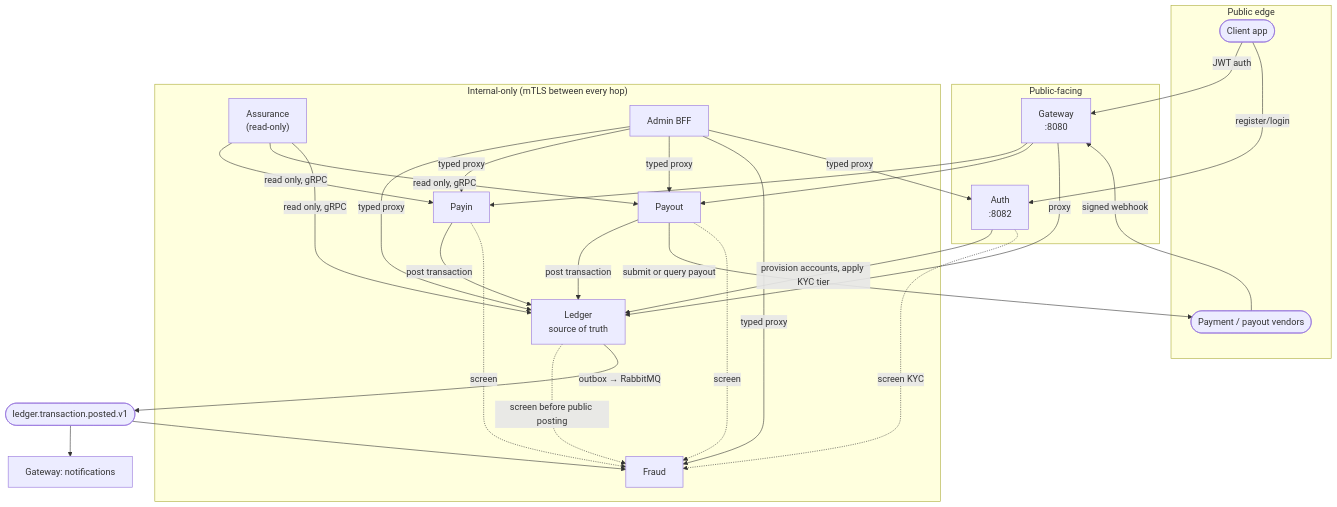
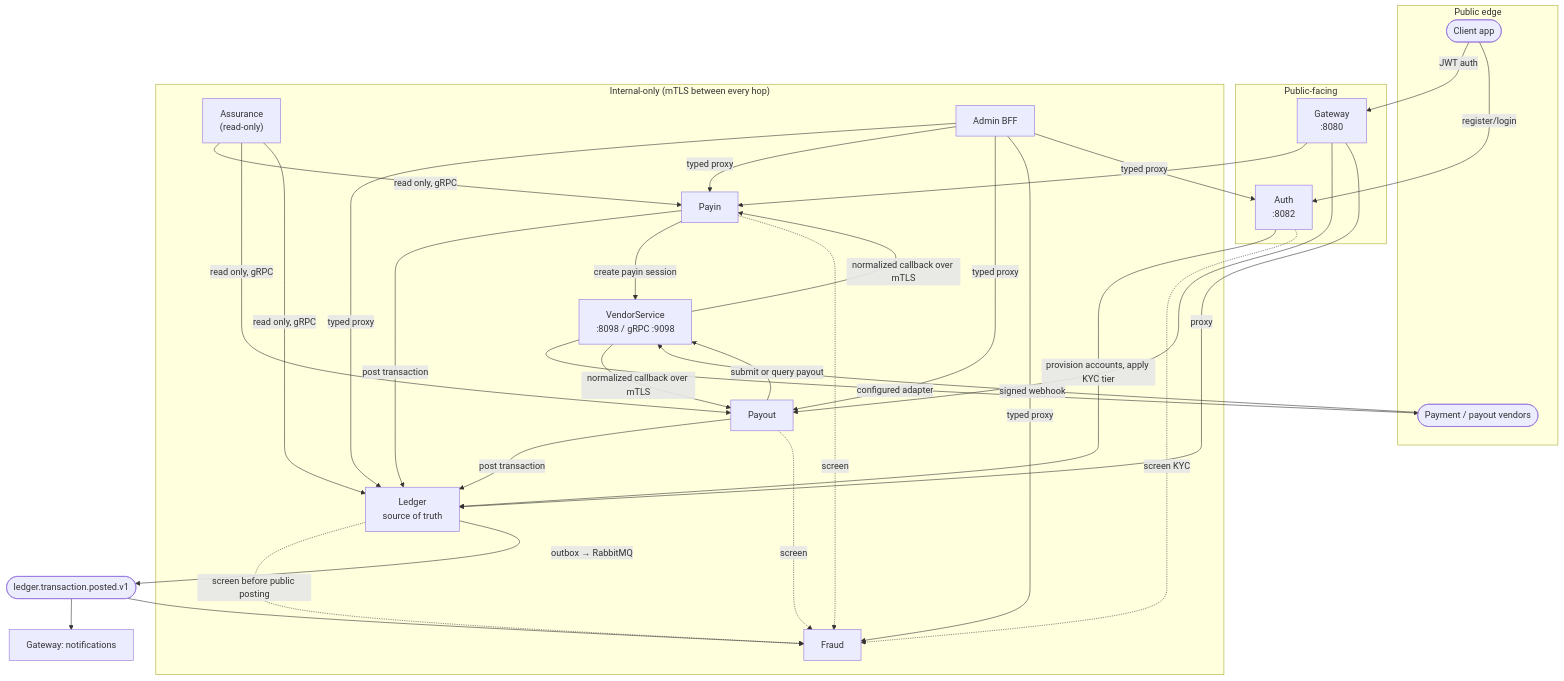
The first of 2 diagrams in docs/reference/architecture.md (herdifirdausss/seev), drawn with Mermaid before and after one commit. The commit also changed other lines of this file and 234 other files, not shown here.

````diff
--- a/docs/reference/architecture.md
+++ b/docs/reference/architecture.md
@@ -151,49 +152,54 @@
 ```mermaid
 flowchart TB
     subgraph Public["Public edge"]
         Client(["Client app"])
         Vendor(["Payment / payout vendors"])
     end
 
     Client -->|JWT auth| Gateway
     Client -->|register/login| Auth
-    Vendor -->|signed webhook| Gateway
+    Vendor -->|signed webhook| VendorService
 
     subgraph Edge["Public-facing"]
         Gateway["Gateway<br/>:8080"]
         Auth["Auth<br/>:8082"]
     end
 
     subgraph Internal["Internal-only (mTLS between every hop)"]
         Ledger["Ledger<br/>source of truth"]
         Payin["Payin"]
         Payout["Payout"]
         Fraud["Fraud"]
         Assurance["Assurance<br/>(read-only)"]
         AdminBFF["Admin BFF"]
+        VendorService["VendorService<br/>:8098 / gRPC :9098"]
     end
 
     Gateway --> Payin
     Gateway --> Payout
     Gateway -->|proxy| Ledger
     Auth -->|provision accounts, apply KYC tier| Ledger
     Payin -->|post transaction| Ledger
     Payout -->|post transaction| Ledger
-    Payout -->|submit or query payout| Vendor
+    Payin -->|create payin session| VendorService
+    Payout -->|submit or query payout| VendorService
+    VendorService -->|configured adapter| Vendor
+    VendorService -->|normalized callback over mTLS| Payin
+    VendorService -->|normalized callback over mTLS| Payout
     Payin -.->|screen| Fraud
     Payout -.->|screen| Fraud
     Auth -.->|screen KYC| Fraud
     Ledger -.->|screen before public posting| Fraud
     Assurance -->|read only, gRPC| Payin
     Assurance -->|read only, gRPC| Payout
     Assurance -->|read only, gRPC| Ledger
     AdminBFF -->|typed proxy| Ledger
     AdminBFF -->|typed proxy| Payin
     AdminBFF -->|typed proxy| Payout
     AdminBFF -->|typed proxy| Fraud
     AdminBFF -->|typed proxy| Auth
 
     Ledger -->|outbox → RabbitMQ| Events(["ledger.transaction.posted.v1"])
     Events --> Notify["Gateway: notifications"]
     Events --> Fraud
 ```
````
